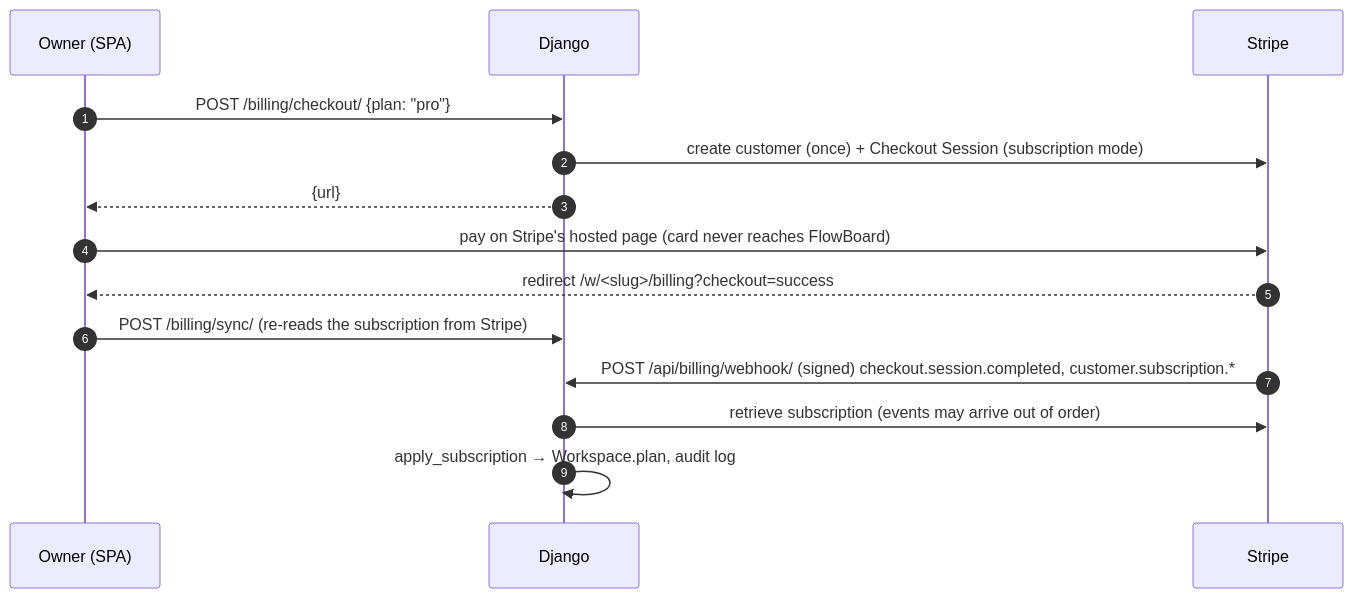
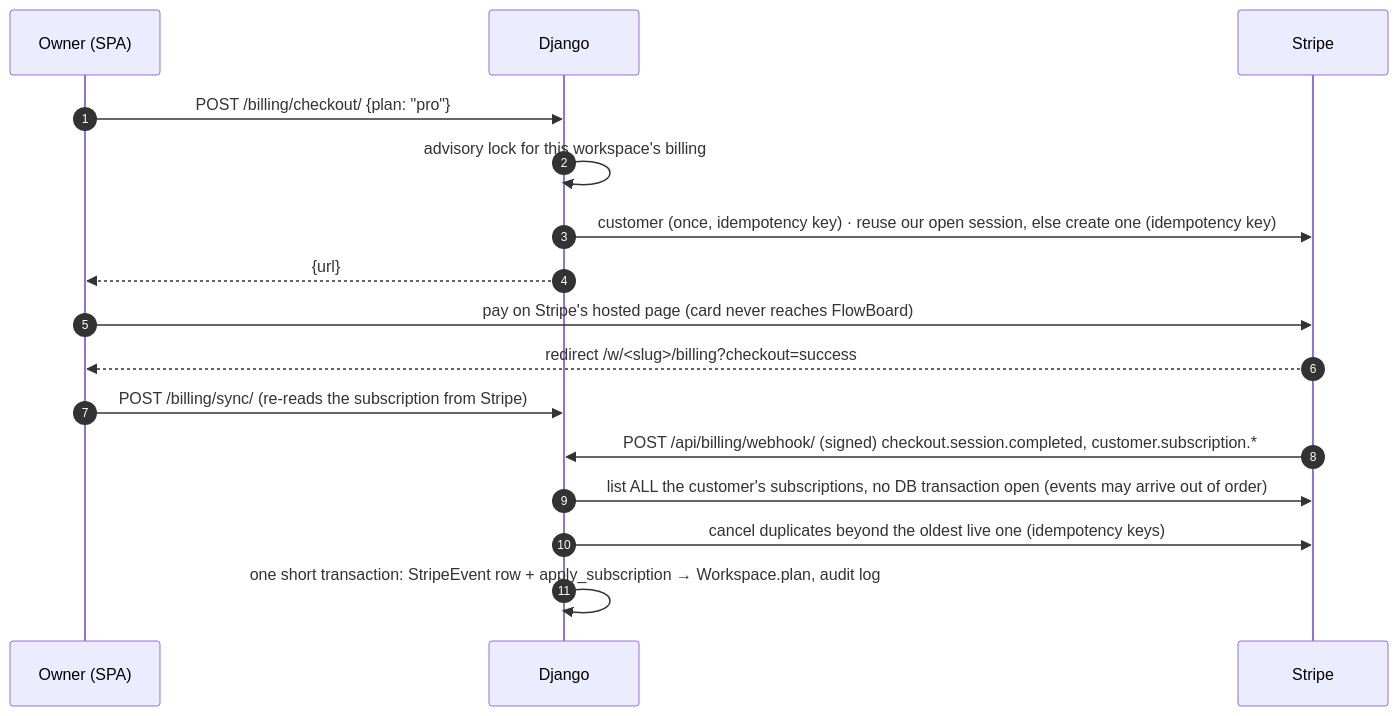
One commit to Abhishek-Gangwar-18/nexvia-capstone-project-submission changed the fourth of 7 diagrams in docs/ARCHITECTURE.md. Above: the diagram before and after it, drawn with Mermaid. The commit also changed other lines of this file and 2 other files, not shown here.

````diff
--- a/docs/ARCHITECTURE.md
+++ b/docs/ARCHITECTURE.md
@@ -455,16 +490,18 @@
 ```mermaid
 sequenceDiagram
     autonumber
     participant O as Owner (SPA)
     participant API as Django
     participant S as Stripe
     O->>API: POST /billing/checkout/ {plan: "pro"}
-    API->>S: create customer (once) + Checkout Session (subscription mode)
+    API->>API: advisory lock for this workspace's billing
+    API->>S: customer (once, idempotency key) · reuse our open session, else create one (idempotency key)
     API-->>O: {url}
     O->>S: pay on Stripe's hosted page (card never reaches FlowBoard)
     S-->>O: redirect /w/<slug>/billing?checkout=success
     O->>API: POST /billing/sync/ (re-reads the subscription from Stripe)
     S->>API: POST /api/billing/webhook/ (signed) checkout.session.completed, customer.subscription.*
-    API->>S: retrieve subscription (events may arrive out of order)
-    API->>API: apply_subscription → Workspace.plan, audit log
+    API->>S: list ALL the customer's subscriptions, no DB transaction open (events may arrive out of order)
+    API->>S: cancel duplicates beyond the oldest live one (idempotency keys)
+    API->>API: one short transaction: StripeEvent row + apply_subscription → Workspace.plan, audit log
 ```
````
